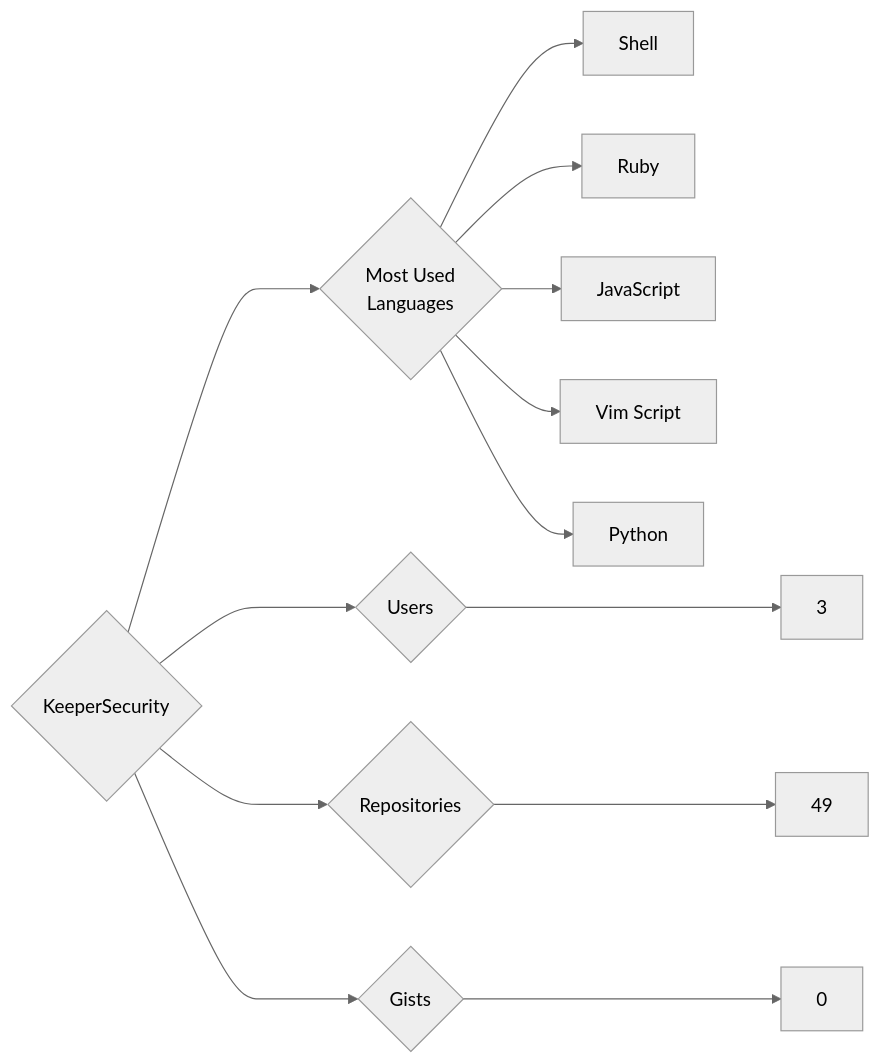
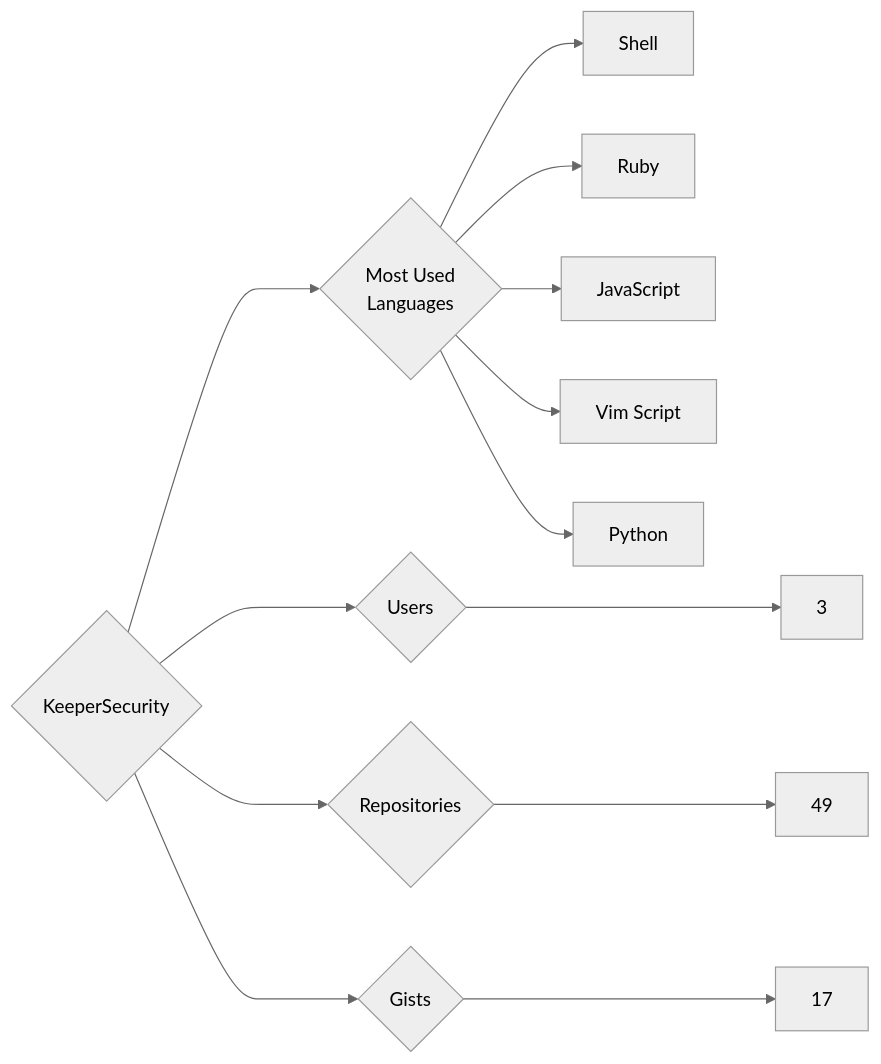
Before and after one commit to trickest/insiders: the diagram in targets/KeeperSecurity/README.md, drawn with Mermaid (neutral theme). The commit also changed 1248 other files, not shown here.

````diff
--- a/targets/KeeperSecurity/README.md
+++ b/targets/KeeperSecurity/README.md
@@ -3,13 +3,13 @@
 ```mermaid
 graph LR
 COMPANY_NAME{KeeperSecurity}
 COMPANY_NAME ---> U{Users} ---> UN[3]
 COMPANY_NAME ---> R{Repositories} ---> RN[49]
-COMPANY_NAME ---> G{Gists} ---> GN[0]
+COMPANY_NAME ---> G{Gists} ---> GN[17]
 COMPANY_NAME ---> ML{Most Used<br>Languages}
 ML --> Shell[Shell]
 ML --> Ruby[Ruby]
 ML --> JavaScript[JavaScript]
 ML --> Vim_Script[Vim Script]
 ML --> Python[Python]
 ```
````
